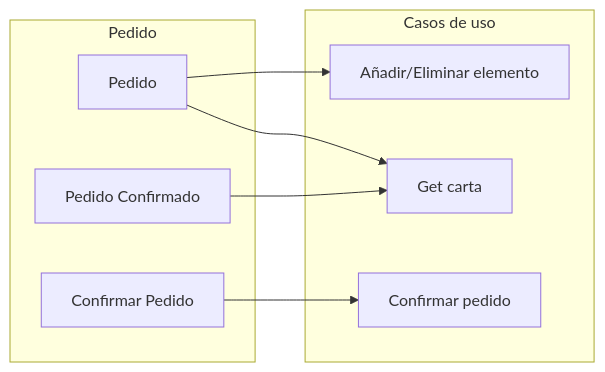
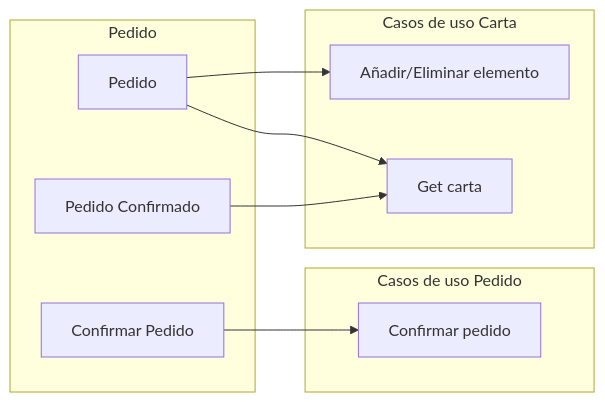
One commit to pabenito/QRest changed the tenth of 16 diagrams in documentacion/requisitos/diagramas_de_flujo.md. Above: the diagram before and after it, drawn with Mermaid. The commit also changed other lines of this file, not shown here.

Commit message:
Trazabilidad de casos de uso y repositorios

````diff
--- a/documentacion/requisitos/diagramas_de_flujo.md
+++ b/documentacion/requisitos/diagramas_de_flujo.md
@@ -149,17 +206,19 @@
 ```mermaid
 flowchart LR
     subgraph g_pedido[Pedido]
         pedido[Pedido]
         pedido_confirmado[Pedido Confirmado]
         confirmar[Confirmar Pedido]
     end
-    subgraph casos_de_uso[Casos de uso]
+    subgraph casos_de_uso_carta[Casos de uso Carta]
+        get_carta[Get carta]
         anadir_eliminar_elemento[Añadir/Eliminar elemento]
+    end
+    subgraph casos_de_uso_pedido[Casos de uso Pedido]
         confirmar_pedido[Confirmar pedido]
-        get_carta[Get carta]
     end
     pedido --> anadir_eliminar_elemento
     pedido --> get_carta
     confirmar --> confirmar_pedido
     pedido_confirmado --> get_carta
 ```
````
